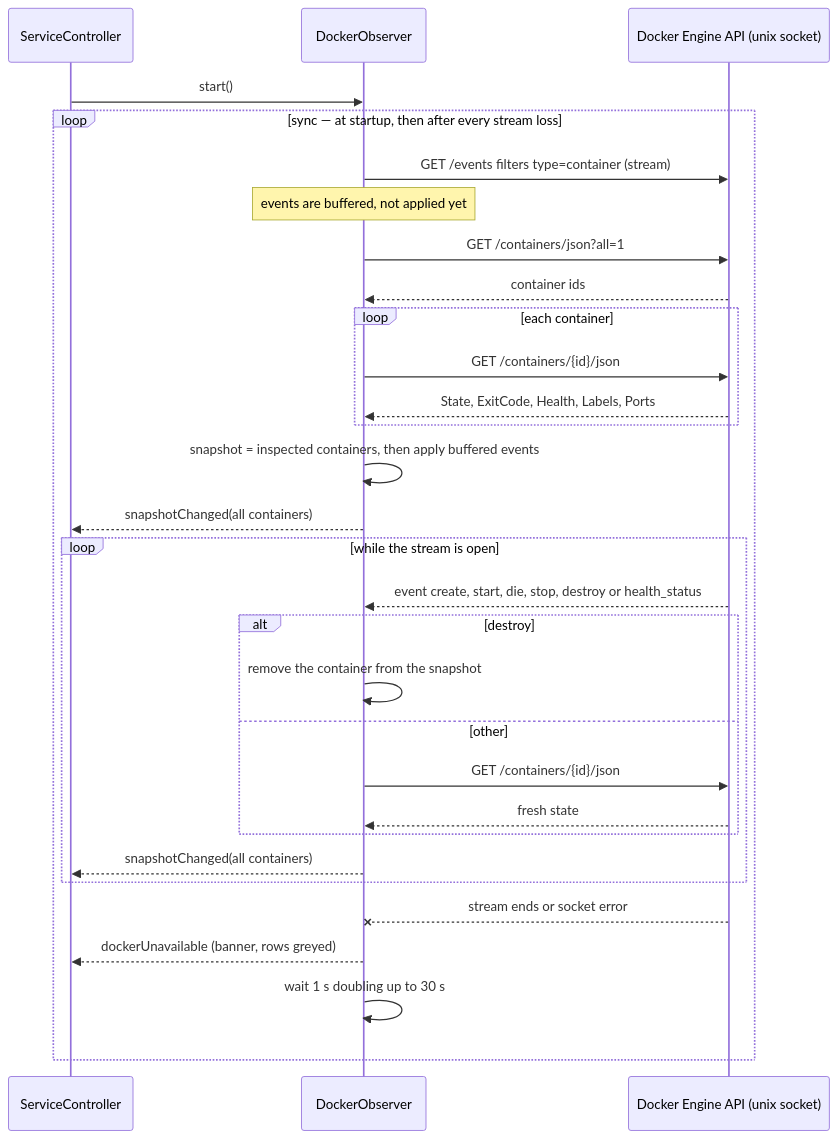
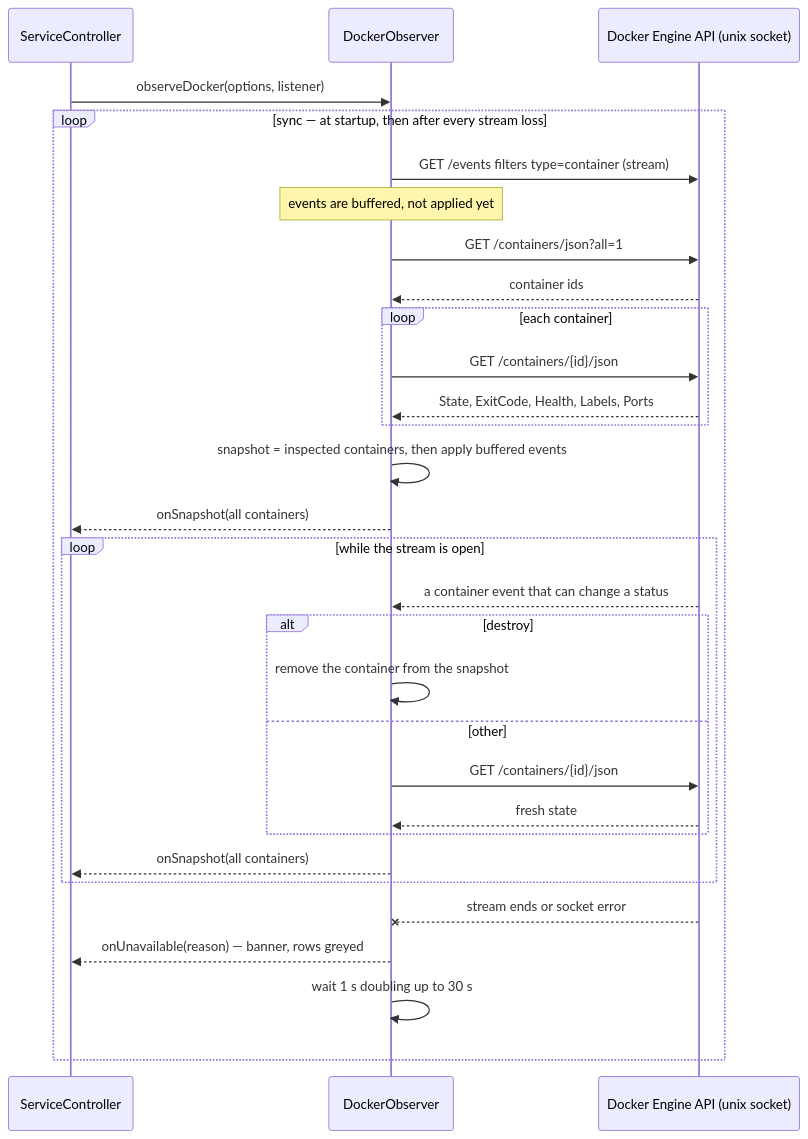
The diagram in docs/architecture/diagrams/launcher/06-sequence-docker-sync.md (benoit-bremaud/dock-n-roll), drawn with Mermaid before and after one commit. The commit also changed other lines of this file and 17 other files, not shown here.

````diff
--- a/docs/architecture/diagrams/launcher/06-sequence-docker-sync.md
+++ b/docs/architecture/diagrams/launcher/06-sequence-docker-sync.md
@@ -15,33 +15,33 @@
 ```mermaid
 sequenceDiagram
   participant SC as ServiceController
   participant DO as DockerObserver
   participant API as Docker Engine API (unix socket)
 
-  SC->>DO: start()
+  SC->>DO: observeDocker(options, listener)
   loop sync — at startup, then after every stream loss
     DO->>API: GET /events filters type=container (stream)
     Note over DO: events are buffered, not applied yet
     DO->>API: GET /containers/json?all=1
     API-->>DO: container ids
     loop each container
       DO->>API: GET /containers/{id}/json
       API-->>DO: State, ExitCode, Health, Labels, Ports
     end
     DO->>DO: snapshot = inspected containers, then apply buffered events
-    DO-->>SC: snapshotChanged(all containers)
+    DO-->>SC: onSnapshot(all containers)
     loop while the stream is open
-      API-->>DO: event create, start, die, stop, destroy or health_status
+      API-->>DO: a container event that can change a status
       alt destroy
         DO->>DO: remove the container from the snapshot
       else other
         DO->>API: GET /containers/{id}/json
         API-->>DO: fresh state
       end
-      DO-->>SC: snapshotChanged(all containers)
+      DO-->>SC: onSnapshot(all containers)
     end
     API--xDO: stream ends or socket error
-    DO-->>SC: dockerUnavailable (banner, rows greyed)
+    DO-->>SC: onUnavailable(reason) — banner, rows greyed
     DO->>DO: wait 1 s doubling up to 30 s
   end
 ```
````
